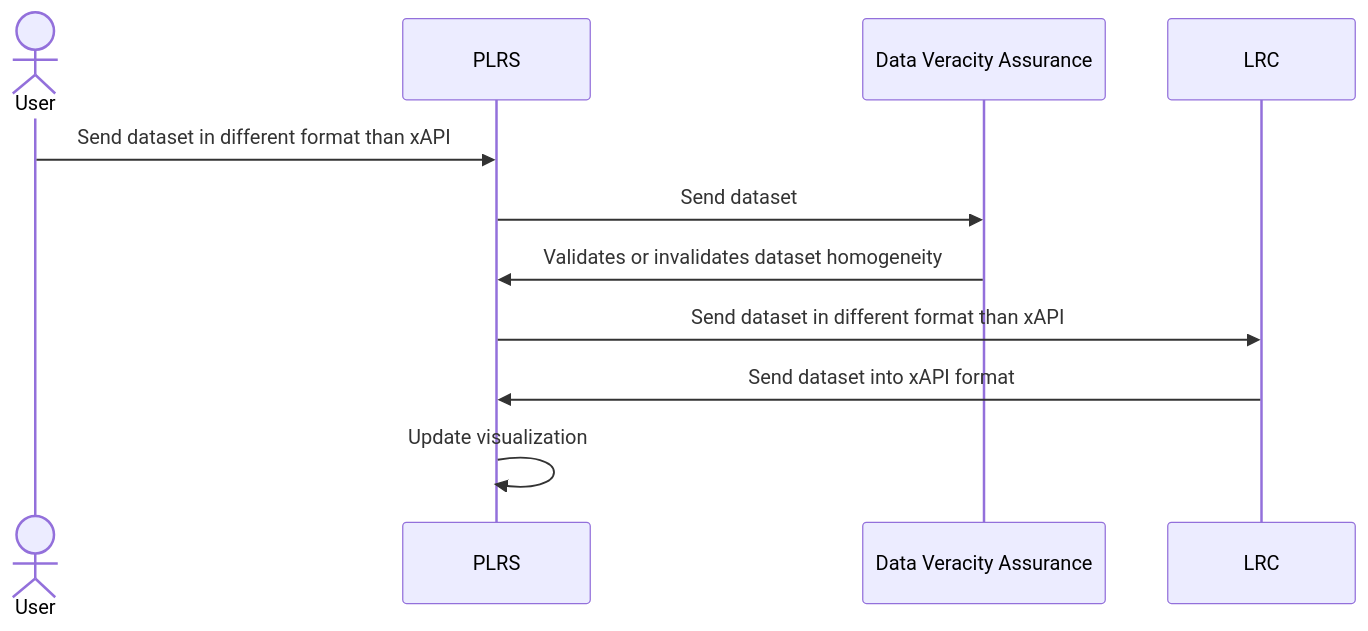
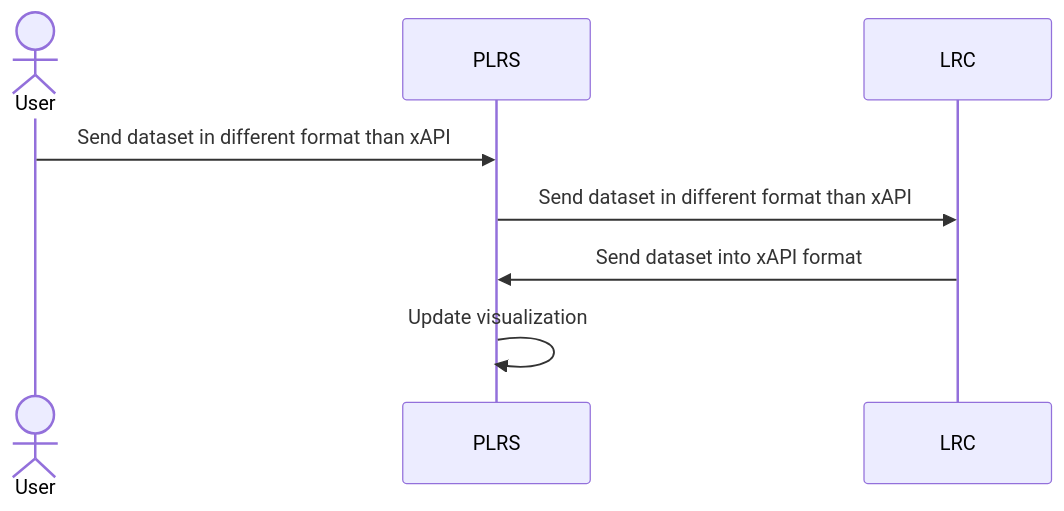
Before and after one commit to Prometheus-X-association/lrs-gateway: the fourth of 5 diagrams in docs/design-document.md, drawn with Mermaid. The commit also changed other lines of this file, not shown here.

````diff
--- a/docs/design-document.md
+++ b/docs/design-document.md
@@ -761,10 +757,8 @@
 ```mermaid
 sequenceDiagram
    actor User as User
    User->>PLRS: Send dataset in different format than xAPI
-   PLRS->>Data Veracity Assurance: Send dataset
-  Data Veracity Assurance->>PLRS: Validates or invalidates dataset homogeneity
    PLRS->>LRC: Send dataset in different format than xAPI
    LRC->>PLRS: Send dataset into xAPI format
    PLRS->>PLRS: Update visualization
 ```
````
